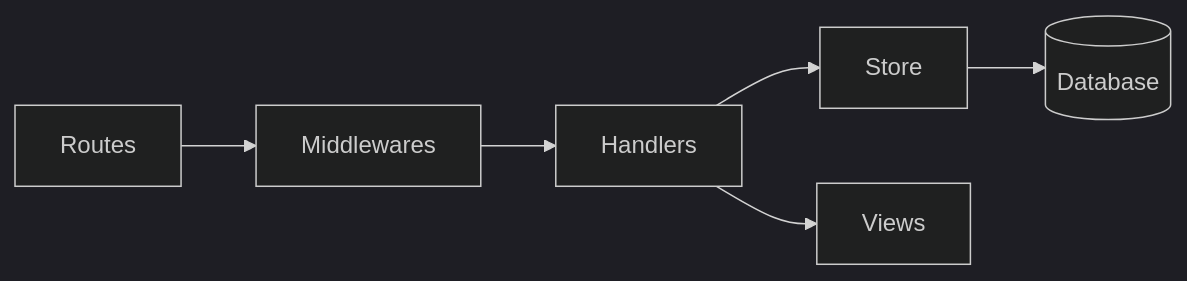
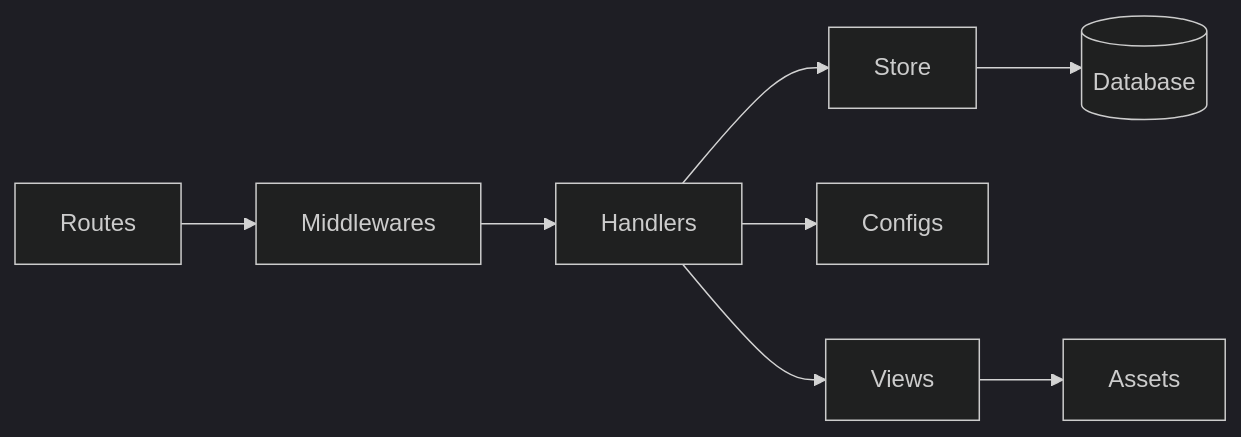
One commit to tediscript/fiber-boilerplate changed the third of 3 diagrams in README.md. Above: the diagram before and after it, drawn with Mermaid (dark theme). The commit also changed other lines of this file, not shown here.

````diff
--- a/README.md
+++ b/README.md
@@ -82,8 +137,10 @@
 ```mermaid
 graph LR
     R[Routes] --> M[Middlewares]
     M --> H[Handlers]
     H --> S[Store]
+    H --> C[Configs]
     S --> DB[(Database)]
     H --> V[Views]
+    V --> A[Assets]
 ```
````
